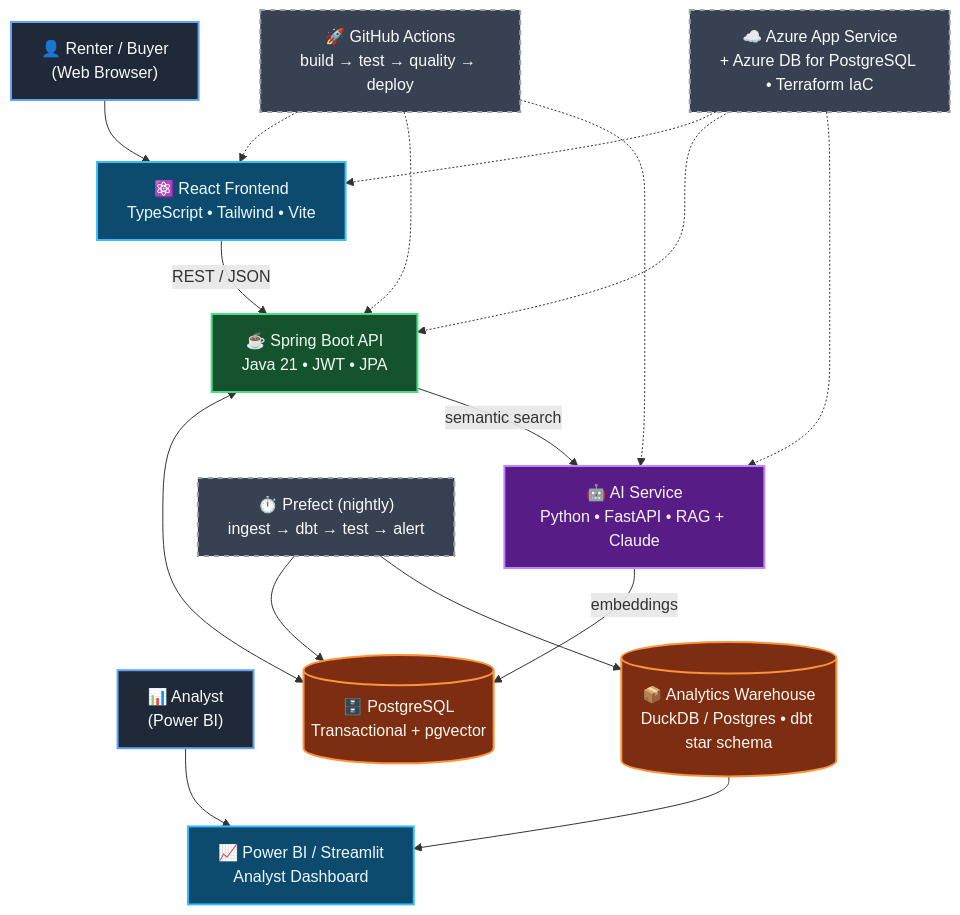
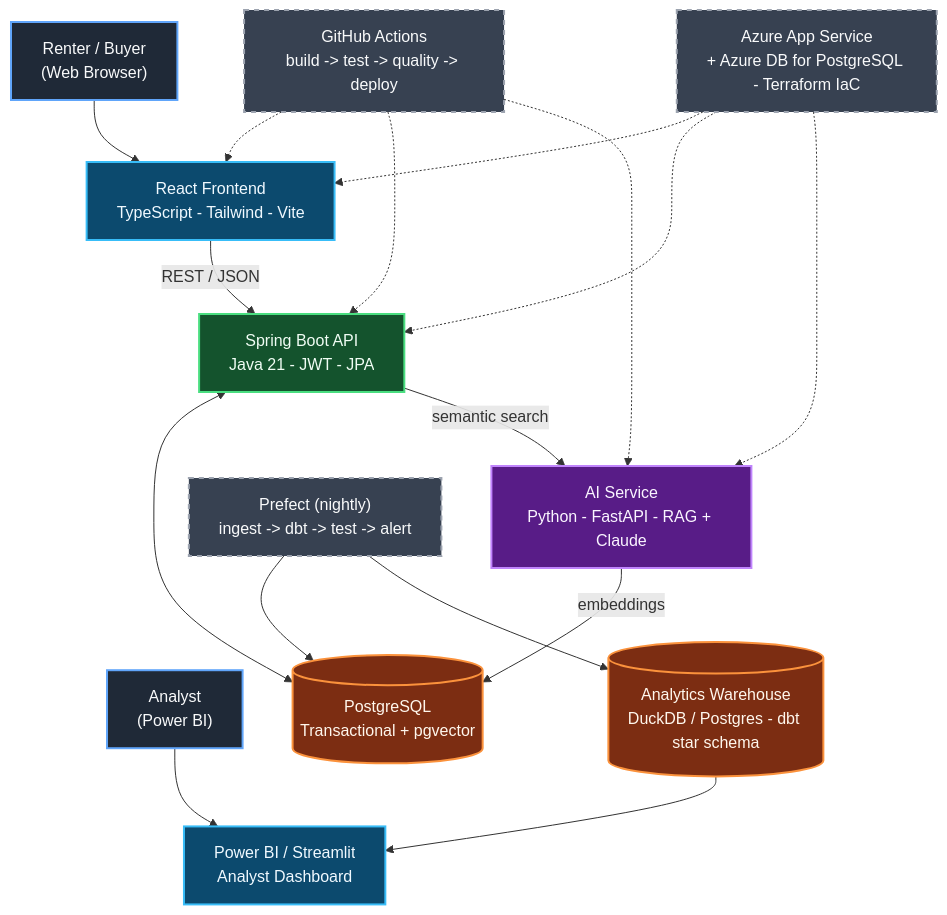
Before and after one commit to beaprogram/Homebase: the diagram in README.md, drawn with Mermaid. The commit also changed other lines of this file, not shown here.

Commit message:
docs: remove emojis from architecture diagram

````diff
--- a/README.md
+++ b/README.md
@@ -13,44 +13,44 @@
 ```mermaid
 flowchart TB
     classDef user fill:#1f2937,stroke:#60a5fa,stroke-width:2px,color:#f9fafb
     classDef frontend fill:#0c4a6e,stroke:#38bdf8,stroke-width:2px,color:#f0f9ff
     classDef backend fill:#14532d,stroke:#4ade80,stroke-width:2px,color:#f0fdf4
     classDef ai fill:#581c87,stroke:#c084fc,stroke-width:2px,color:#faf5ff
     classDef data fill:#7c2d12,stroke:#fb923c,stroke-width:2px,color:#fff7ed
     classDef ops fill:#374151,stroke:#9ca3af,stroke-width:2px,color:#f9fafb,stroke-dasharray:5 5
 
-    U1["👤 Renter / Buyer<br/>(Web Browser)"]:::user
-    U2["📊 Analyst<br/>(Power BI)"]:::user
+    U1["Renter / Buyer<br/>(Web Browser)"]:::user
+    U2["Analyst<br/>(Power BI)"]:::user
 
-    FE["⚛️ React Frontend<br/>TypeScript • Tailwind • Vite"]:::frontend
+    FE["React Frontend<br/>TypeScript - Tailwind - Vite"]:::frontend
 
-    API["☕ Spring Boot API<br/>Java 21 • JWT • JPA"]:::backend
-    AI["🤖 AI Service<br/>Python • FastAPI • RAG + Claude"]:::ai
+    API["Spring Boot API<br/>Java 21 - JWT - JPA"]:::backend
+    AI["AI Service<br/>Python - FastAPI - RAG + Claude"]:::ai
 
-    DB[("🗄️ PostgreSQL<br/>Transactional + pgvector")]:::data
-    WH[("📦 Analytics Warehouse<br/>DuckDB / Postgres • dbt star schema")]:::data
+    DB[("PostgreSQL<br/>Transactional + pgvector")]:::data
+    WH[("Analytics Warehouse<br/>DuckDB / Postgres - dbt star schema")]:::data
 
-    BI["📈 Power BI / Streamlit<br/>Analyst Dashboard"]:::frontend
+    BI["Power BI / Streamlit<br/>Analyst Dashboard"]:::frontend
 
-    ORCH["⏱️ Prefect (nightly)<br/>ingest → dbt → test → alert"]:::ops
-    CI["🚀 GitHub Actions<br/>build → test → quality → deploy"]:::ops
-    CLOUD["☁️ Azure App Service<br/>+ Azure DB for PostgreSQL • Terraform IaC"]:::ops
+    ORCH["Prefect (nightly)<br/>ingest -> dbt -> test -> alert"]:::ops
+    CI["GitHub Actions<br/>build -> test -> quality -> deploy"]:::ops
+    CLOUD["Azure App Service<br/>+ Azure DB for PostgreSQL - Terraform IaC"]:::ops
 
     U1 --> FE
     FE -- REST / JSON --> API
     API <--> DB
     API -- semantic search --> AI
     AI -- embeddings --> DB
 
     ORCH --> DB
     ORCH --> WH
     WH --> BI
     U2 --> BI
 
     CI -.-> FE
     CI -.-> API
     CI -.-> AI
     CLOUD -.-> FE
     CLOUD -.-> API
     CLOUD -.-> AI
 ```
````
